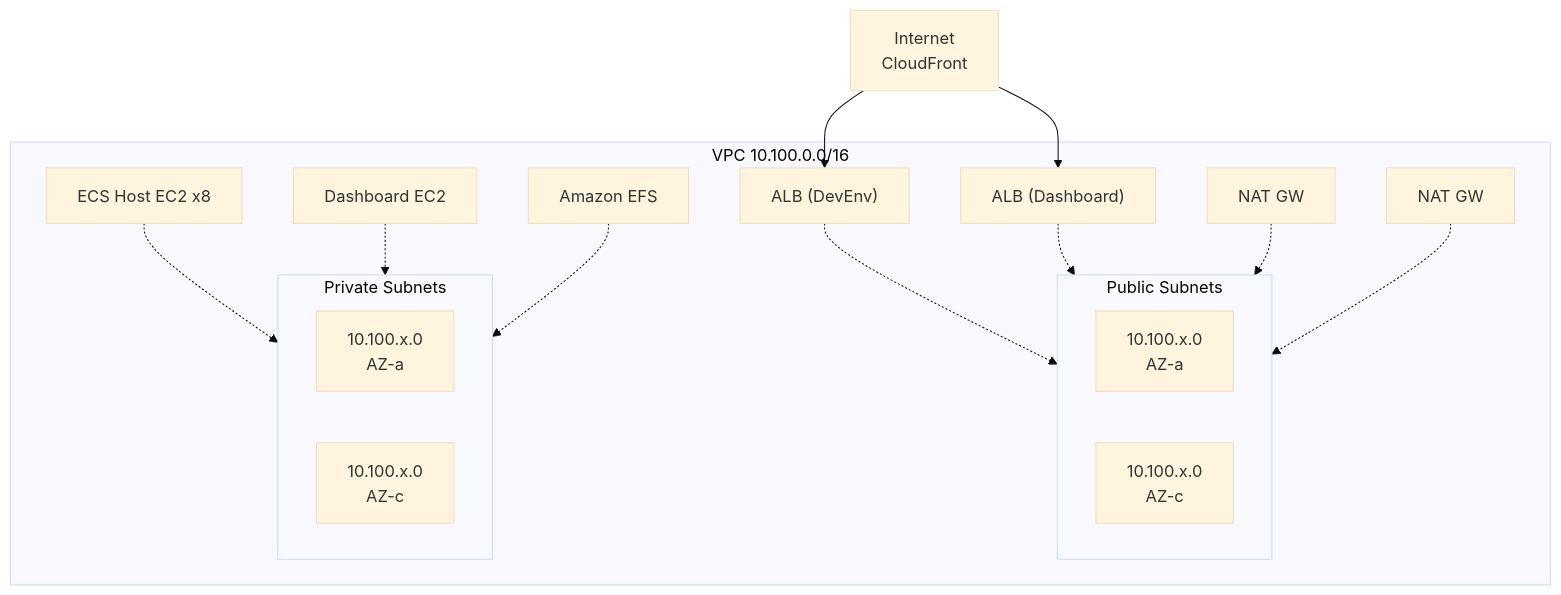
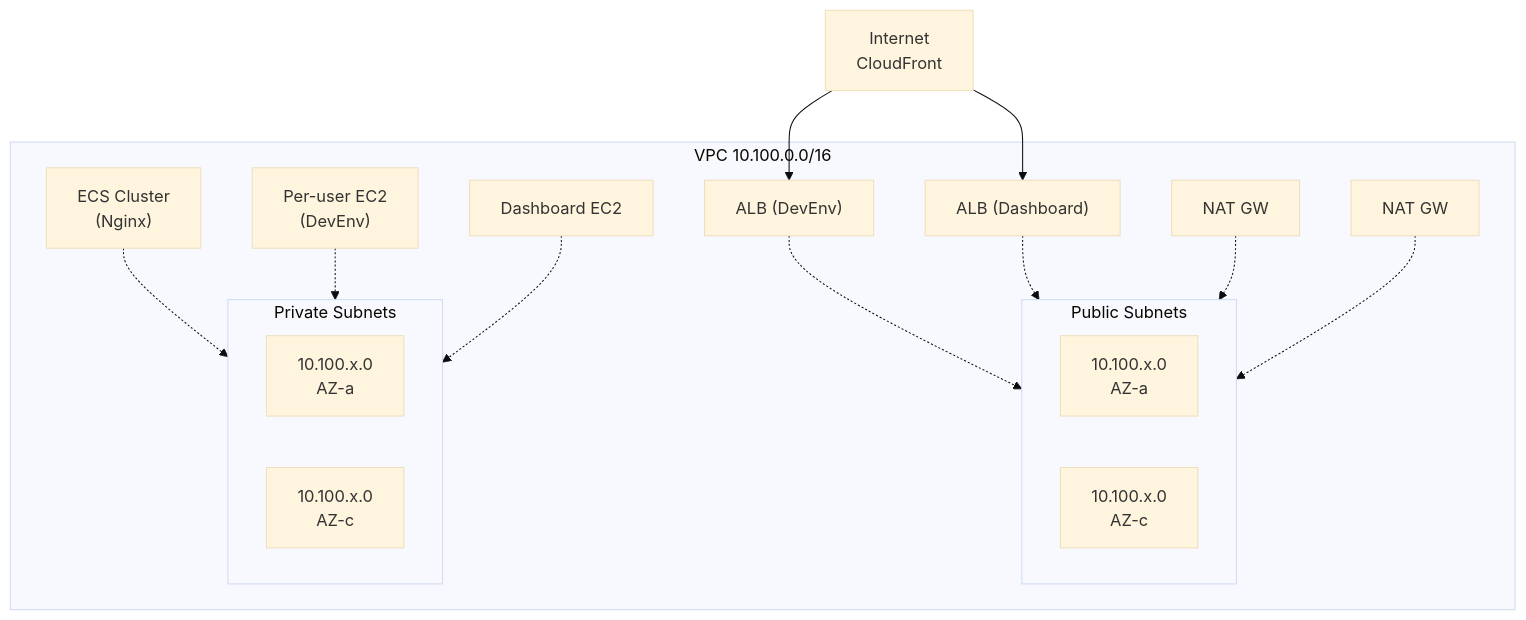
The fifth of 7 diagrams in docs/architecture.md (Atom-oh/cc-on-bedrock), drawn with Mermaid (base theme) before and after one commit. The commit also changed other lines of this file and 32 other files, not shown here.

````diff
--- a/docs/architecture.md
+++ b/docs/architecture.md
@@ -187,38 +200,37 @@
 ```mermaid
 graph TB
     subgraph VPC["VPC 10.100.0.0/16"]
         subgraph PubSub["Public Subnets"]
             direction LR
             PS_A["10.100.x.0<br/>AZ-a"]
             PS_C["10.100.x.0<br/>AZ-c"]
         end
 
         subgraph PriSub["Private Subnets"]
             direction LR
             PR_A["10.100.x.0<br/>AZ-a"]
             PR_C["10.100.x.0<br/>AZ-c"]
         end
 
         ALB1["ALB (DevEnv)"]
         ALB2["ALB (Dashboard)"]
         NAT1["NAT GW"]
         NAT2["NAT GW"]
 
-        ECS_EC2["ECS Host EC2 x8"]
+        ECS_EC2["ECS Cluster<br/>(Nginx)"]
+        DevEnv_EC2["Per-user EC2<br/>(DevEnv)"]
         Dash_EC2["Dashboard EC2"]
-
-        EFS_FS["Amazon EFS"]
 
         ALB1 -.-> PS_A
         ALB2 -.-> PS_A
         NAT1 -.-> PS_A
         NAT2 -.-> PS_C
 
         ECS_EC2 -.-> PR_A
+        DevEnv_EC2 -.-> PR_A
         Dash_EC2 -.-> PR_A
-        EFS_FS -.-> PR_A
     end
 
     Internet["Internet<br/>CloudFront"] --> ALB1
     Internet --> ALB2
 ```
````
